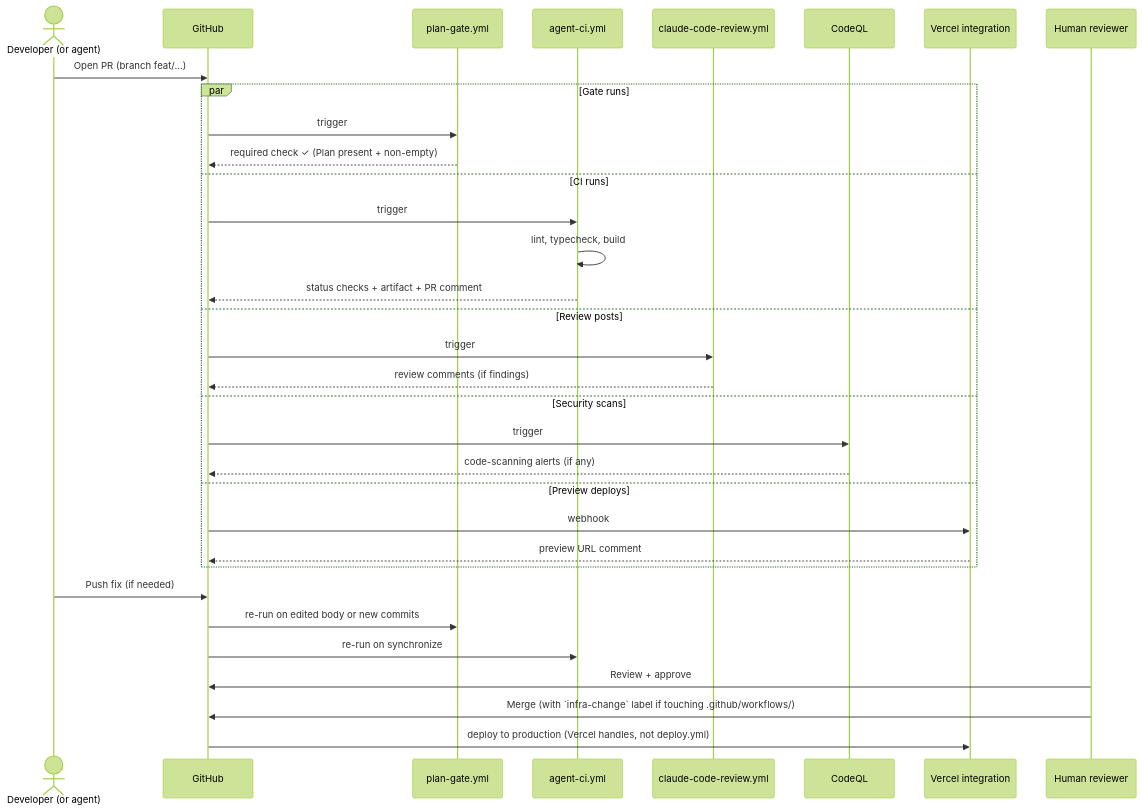
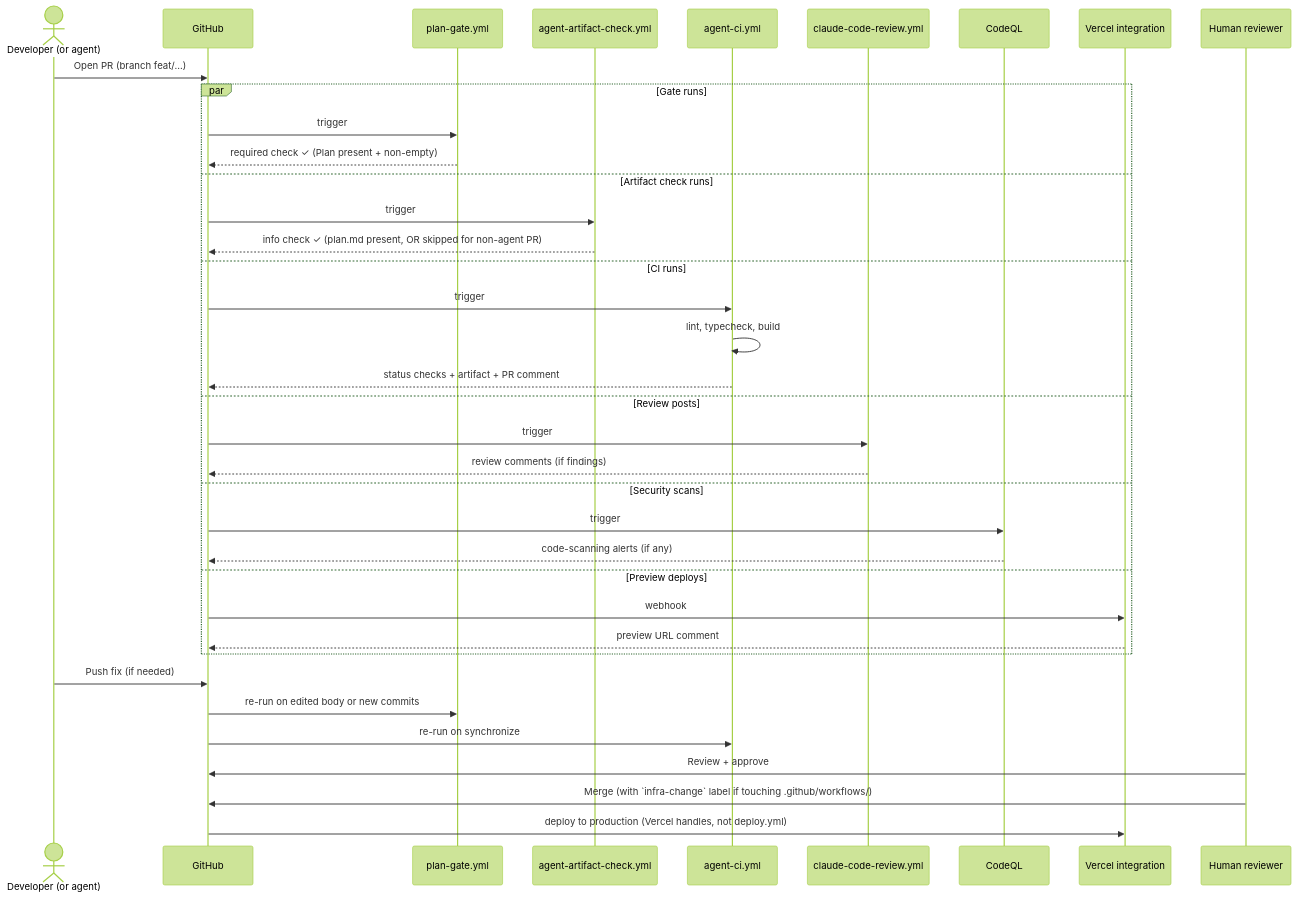
The second of 2 diagrams in docs/WORKFLOWS.md (lpt-labs/london-premium-transfers), drawn with Mermaid (forest theme) before and after one commit. The commit also changed other lines of this file, not shown here.

Commit message:
docs(workflows): document agent-artifact-check workflow

````diff
--- a/docs/WORKFLOWS.md
+++ b/docs/WORKFLOWS.md
@@ -75,39 +80,43 @@
 ```mermaid
 sequenceDiagram
     actor Dev as Developer (or agent)
     participant GH as GitHub
     participant Gate as plan-gate.yml
+    participant Artifact as agent-artifact-check.yml
     participant CI as agent-ci.yml
     participant Review as claude-code-review.yml
     participant CodeQL as CodeQL
     participant Vercel as Vercel integration
     participant Human as Human reviewer
 
     Dev->>GH: Open PR (branch feat/...)
 
     par Gate runs
         GH->>Gate: trigger
         Gate-->>GH: required check ✓ (Plan present + non-empty)
+    and Artifact check runs
+        GH->>Artifact: trigger
+        Artifact-->>GH: info check ✓ (plan.md present, OR skipped for non-agent PR)
     and CI runs
         GH->>CI: trigger
         CI->>CI: lint, typecheck, build
         CI-->>GH: status checks + artifact + PR comment
     and Review posts
         GH->>Review: trigger
         Review-->>GH: review comments (if findings)
     and Security scans
         GH->>CodeQL: trigger
         CodeQL-->>GH: code-scanning alerts (if any)
     and Preview deploys
         GH->>Vercel: webhook
         Vercel-->>GH: preview URL comment
     end
 
     Dev->>GH: Push fix (if needed)
     GH->>Gate: re-run on edited body or new commits
     GH->>CI: re-run on synchronize
 
     Human->>GH: Review + approve
     Human->>GH: Merge (with `infra-change` label if touching .github/workflows/)
     GH->>Vercel: deploy to production (Vercel handles, not deploy.yml)
 ```
````
